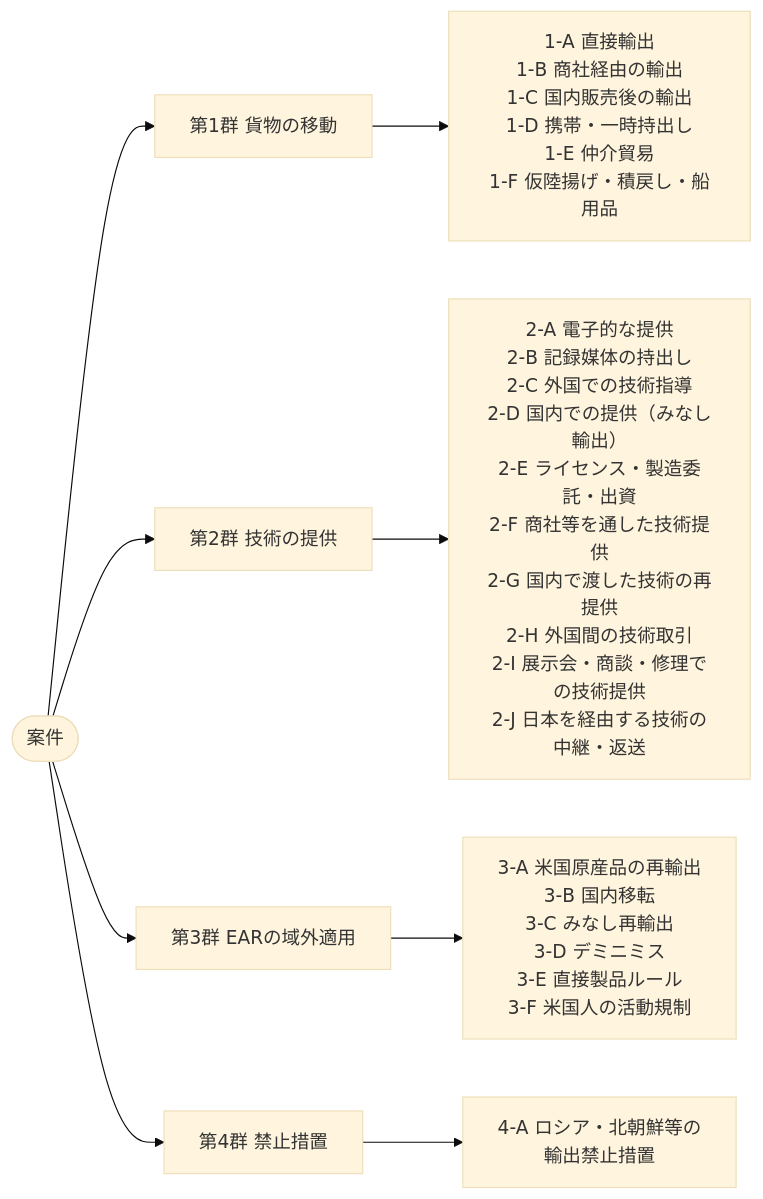
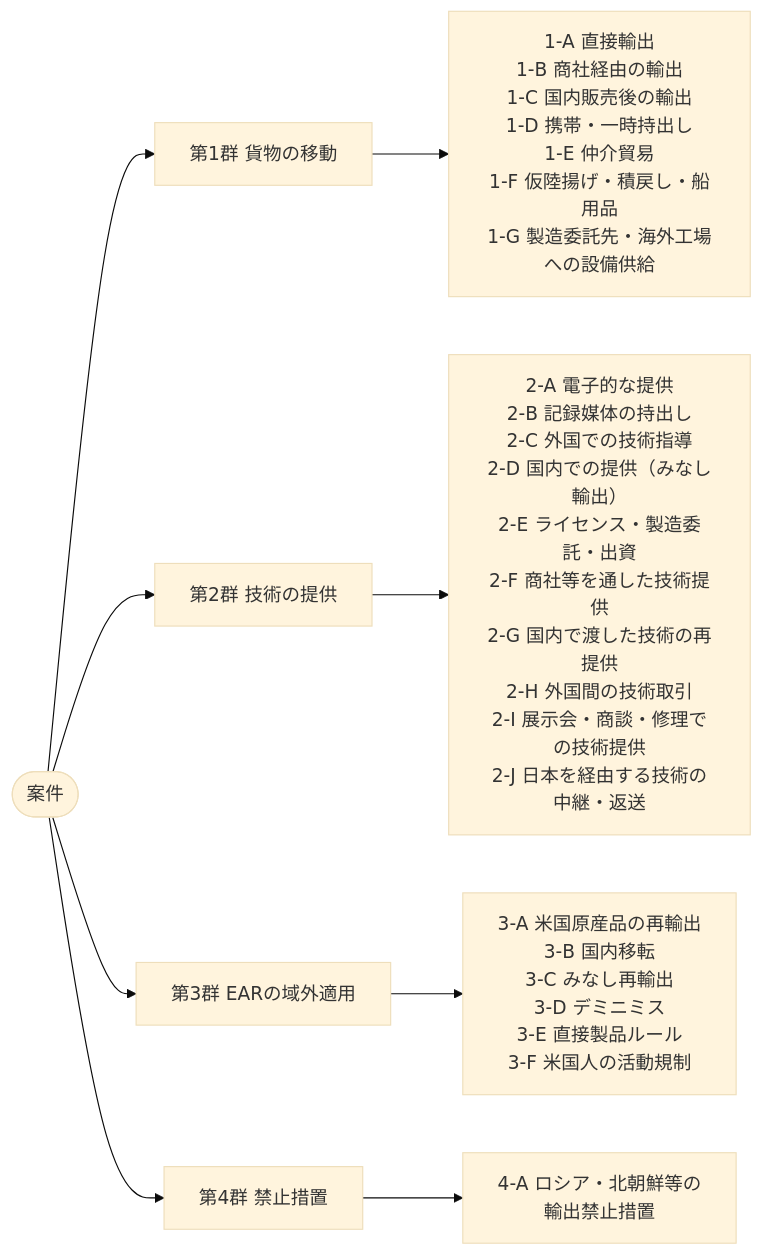
Before and after one commit to bamboo-go/export-control-hub: the first of 2 diagrams in content/ja/docs/01-overview/export-patterns/index.md, drawn with Mermaid (base theme). The commit also changed other lines of this file, not shown here.

````diff
--- a/content/ja/docs/01-overview/export-patterns/index.md
+++ b/content/ja/docs/01-overview/export-patterns/index.md
@@ -16,11 +16,11 @@
 ```mermaid
 flowchart LR
   R(["案件"]) --> G1["第1群 貨物の移動"]
   R --> G2["第2群 技術の提供"]
   R --> G3["第3群 EARの域外適用"]
   R --> G4["第4群 禁止措置"]
-  G1 --> A1["1-A 直接輸出<br/>1-B 商社経由の輸出<br/>1-C 国内販売後の輸出<br/>1-D 携帯・一時持出し<br/>1-E 仲介貿易<br/>1-F 仮陸揚げ・積戻し・船用品"]
+  G1 --> A1["1-A 直接輸出<br/>1-B 商社経由の輸出<br/>1-C 国内販売後の輸出<br/>1-D 携帯・一時持出し<br/>1-E 仲介貿易<br/>1-F 仮陸揚げ・積戻し・船用品<br/>1-G 製造委託先・海外工場への設備供給"]
   G2 --> A2["2-A 電子的な提供<br/>2-B 記録媒体の持出し<br/>2-C 外国での技術指導<br/>2-D 国内での提供（みなし輸出）<br/>2-E ライセンス・製造委託・出資<br/>2-F 商社等を通した技術提供<br/>2-G 国内で渡した技術の再提供<br/>2-H 外国間の技術取引<br/>2-I 展示会・商談・修理での技術提供<br/>2-J 日本を経由する技術の中継・返送"]
   G3 --> A3["3-A 米国原産品の再輸出<br/>3-B 国内移転<br/>3-C みなし再輸出<br/>3-D デミニミス<br/>3-E 直接製品ルール<br/>3-F 米国人の活動規制"]
   G4 --> A4["4-A ロシア・北朝鮮等の<br/>輸出禁止措置"]
 ```
````
